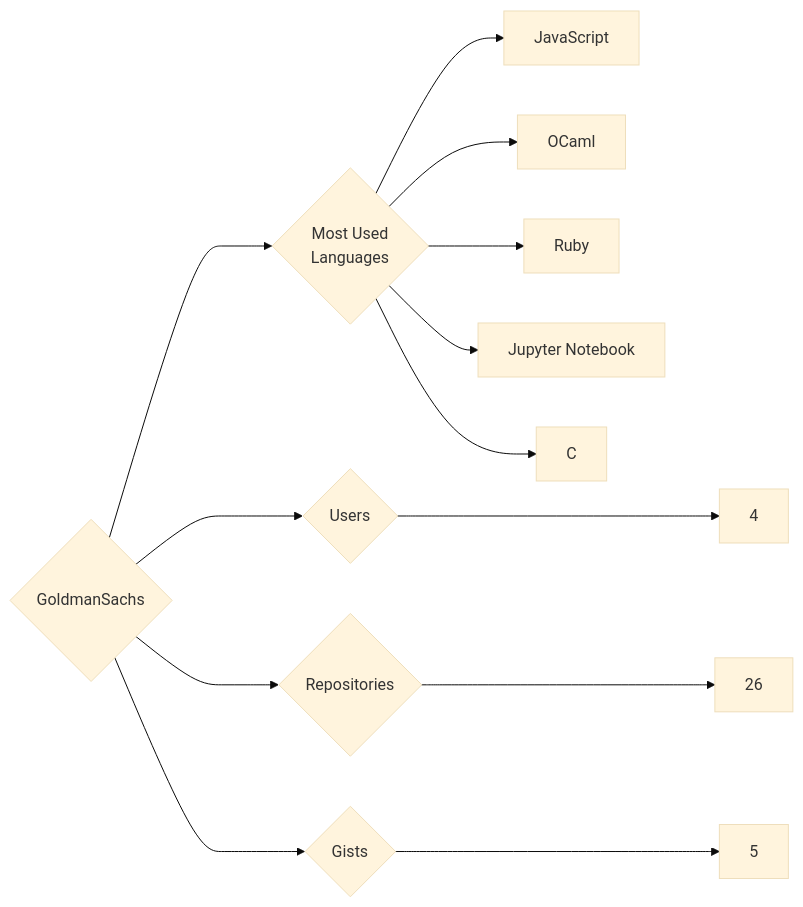
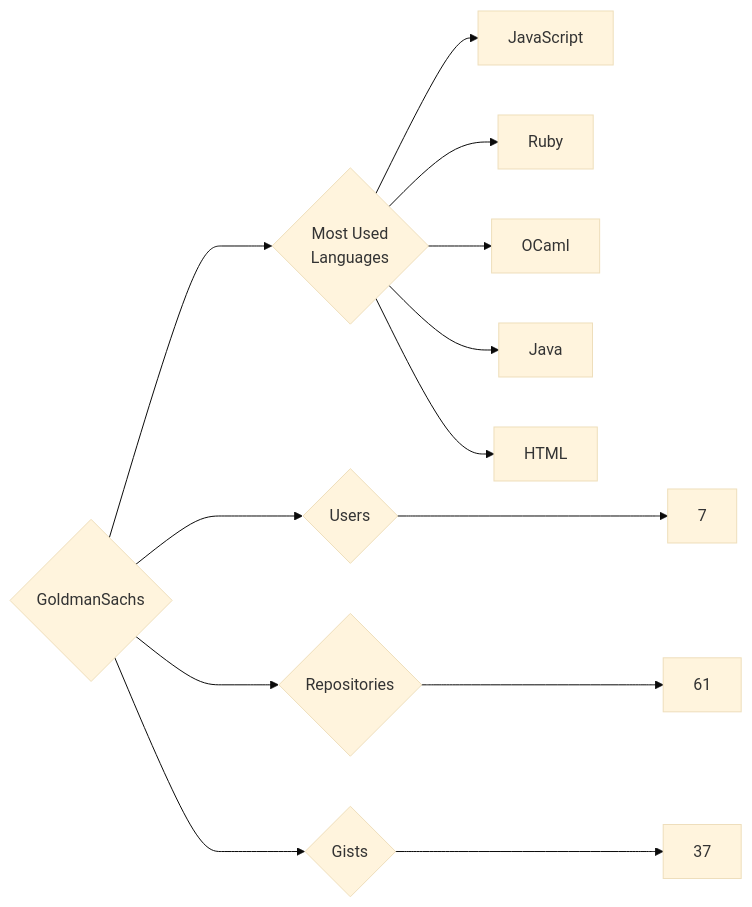
Before and after one commit to trickest/insiders: the diagram in targets/GoldmanSachs/README.md, drawn with Mermaid (base theme). The commit also changed 900 other files, not shown here.

````diff
--- a/targets/GoldmanSachs/README.md
+++ b/targets/GoldmanSachs/README.md
@@ -3,13 +3,13 @@
 ```mermaid
 graph LR
 COMPANY_NAME{GoldmanSachs}
-COMPANY_NAME ---> U{Users} ---> UN[4]
-COMPANY_NAME ---> R{Repositories} ---> RN[26]
-COMPANY_NAME ---> G{Gists} ---> GN[5]
+COMPANY_NAME ---> U{Users} ---> UN[7]
+COMPANY_NAME ---> R{Repositories} ---> RN[61]
+COMPANY_NAME ---> G{Gists} ---> GN[37]
 COMPANY_NAME ---> ML{Most Used<br>Languages}
 ML --> JavaScript[JavaScript]
+ML --> Ruby[Ruby]
 ML --> OCaml[OCaml]
-ML --> Ruby[Ruby]
-ML --> Jupyter_Notebook[Jupyter Notebook]
-ML --> C[C]
+ML --> Java[Java]
+ML --> HTML[HTML]
 ```
````
